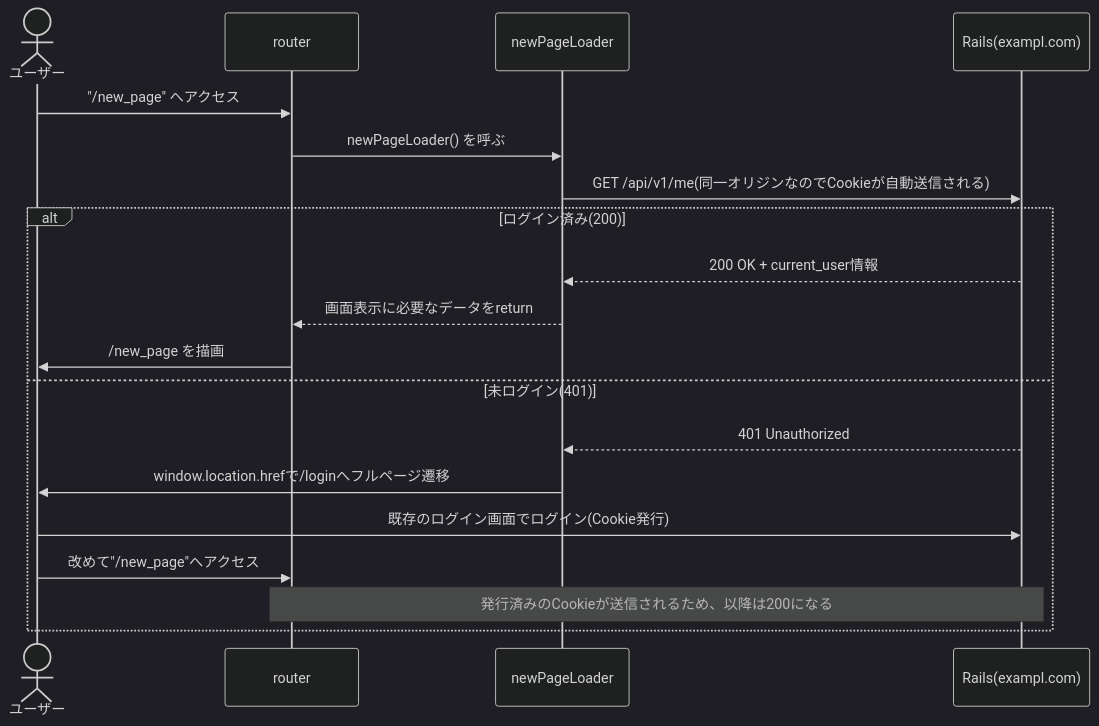
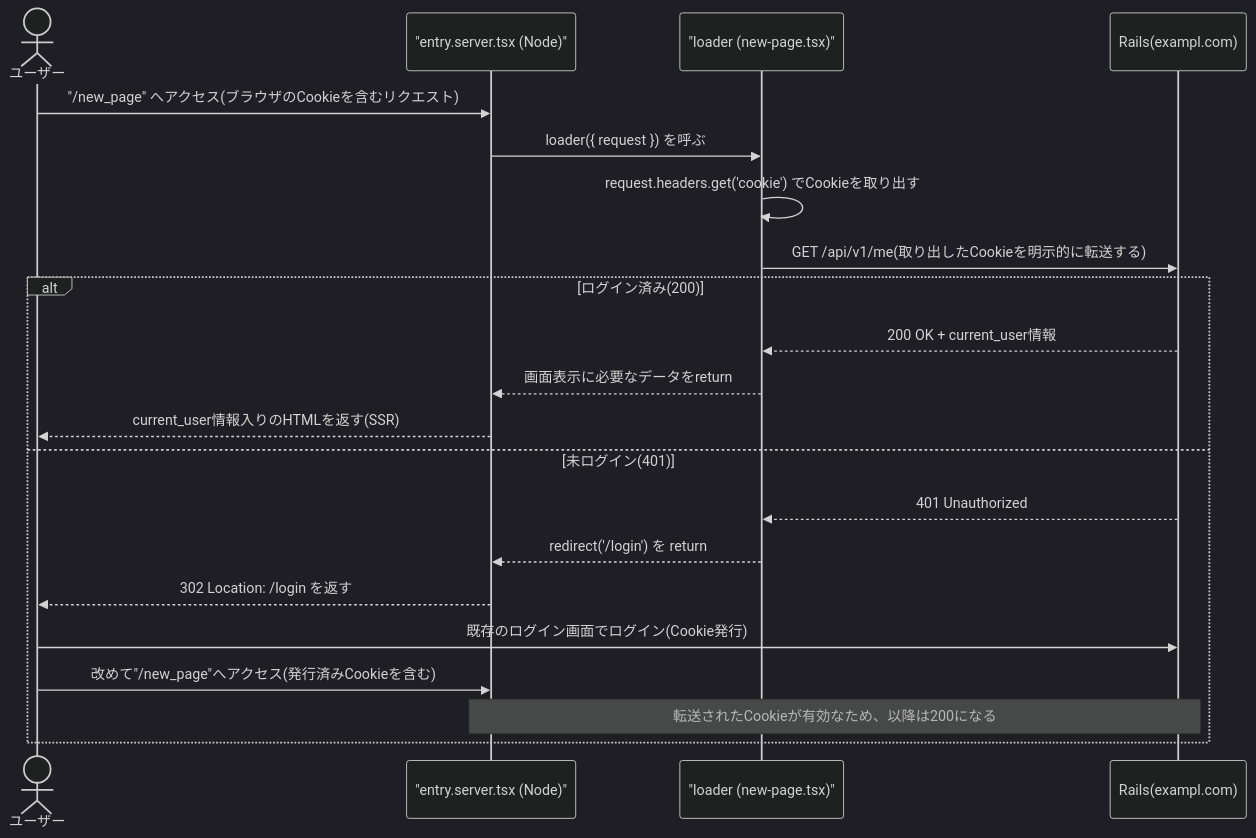
One commit to to0526/rr8-rails-poc changed the sixth of 7 diagrams in docs/frontend-guide-for-rails-engineers.md. Above: the diagram before and after it, drawn with Mermaid (dark theme). The commit also changed other lines of this file, not shown here.

First line of the commit message:
PR20: frontend-guide-for-rails-engineers.mdをFramework Mode前提に全面更新

````diff
--- a/docs/frontend-guide-for-rails-engineers.md
+++ b/docs/frontend-guide-for-rails-engineers.md
@@ -647,23 +782,25 @@
 ```mermaid
 sequenceDiagram
     actor User as ユーザー
-    participant RR as router
-    participant Loader as newPageLoader
+    participant Server as "entry.server.tsx (Node)"
+    participant Loader as "loader (new-page.tsx)"
     participant Rails as Rails(exampl.com)
 
-    User->>RR: "/new_page" へアクセス
-    RR->>Loader: newPageLoader() を呼ぶ
-    Loader->>Rails: GET /api/v1/me(同一オリジンなのでCookieが自動送信される)
+    User->>Server: "/new_page" へアクセス(ブラウザのCookieを含むリクエスト)
+    Server->>Loader: loader({ request }) を呼ぶ
+    Loader->>Loader: request.headers.get('cookie') でCookieを取り出す
+    Loader->>Rails: GET /api/v1/me(取り出したCookieを明示的に転送する)
 
     alt ログイン済み(200)
         Rails-->>Loader: 200 OK + current_user情報
-        Loader-->>RR: 画面表示に必要なデータをreturn
-        RR->>User: /new_page を描画
+        Loader-->>Server: 画面表示に必要なデータをreturn
+        Server-->>User: current_user情報入りのHTMLを返す(SSR)
     else 未ログイン(401)
         Rails-->>Loader: 401 Unauthorized
-        Loader->>User: window.location.hrefで/loginへフルページ遷移
+        Loader-->>Server: redirect('/login') を return
+        Server-->>User: 302 Location: /login を返す
         User->>Rails: 既存のログイン画面でログイン(Cookie発行)
-        User->>RR: 改めて"/new_page"へアクセス
-        Note over RR,Rails: 発行済みのCookieが送信されるため、以降は200になる
+        User->>Server: 改めて"/new_page"へアクセス(発行済みCookieを含む)
+        Note over Server,Rails: 転送されたCookieが有効なため、以降は200になる
     end
 ```
````
